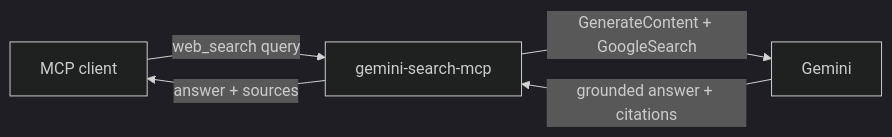
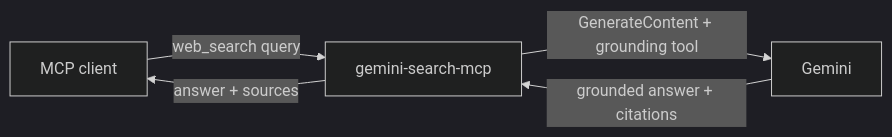
One commit to cwest/gemini-search-mcp changed the first of 2 diagrams in README.md. Above: the diagram before and after it, drawn with Mermaid (dark theme). The commit also changed other lines of this file and 7 other files, not shown here.

````diff
--- a/README.md
+++ b/README.md
@@ -14,7 +16,7 @@
 ```mermaid
 flowchart LR
     A[MCP client] -->|web_search query| B[gemini-search-mcp]
-    B -->|GenerateContent + GoogleSearch| C[Gemini]
+    B -->|GenerateContent + grounding tool| C[Gemini]
     C -->|grounded answer + citations| B
     B -->|answer + sources| A
 ```
````
